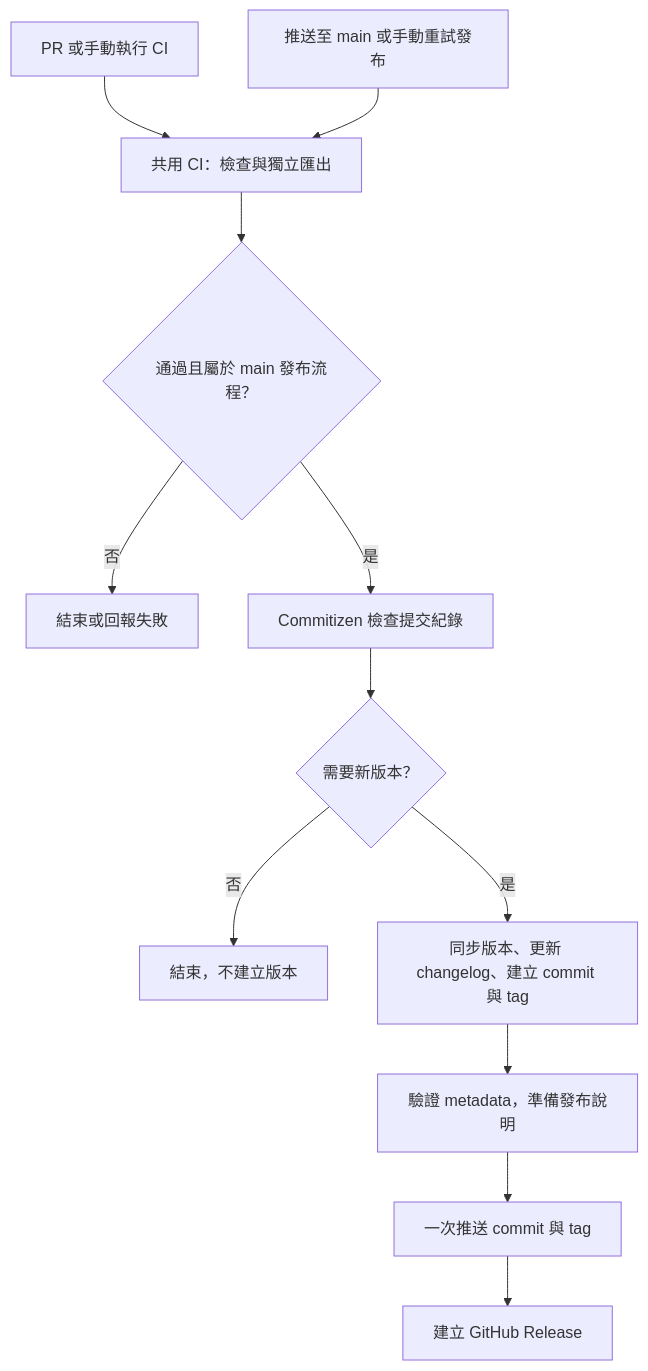
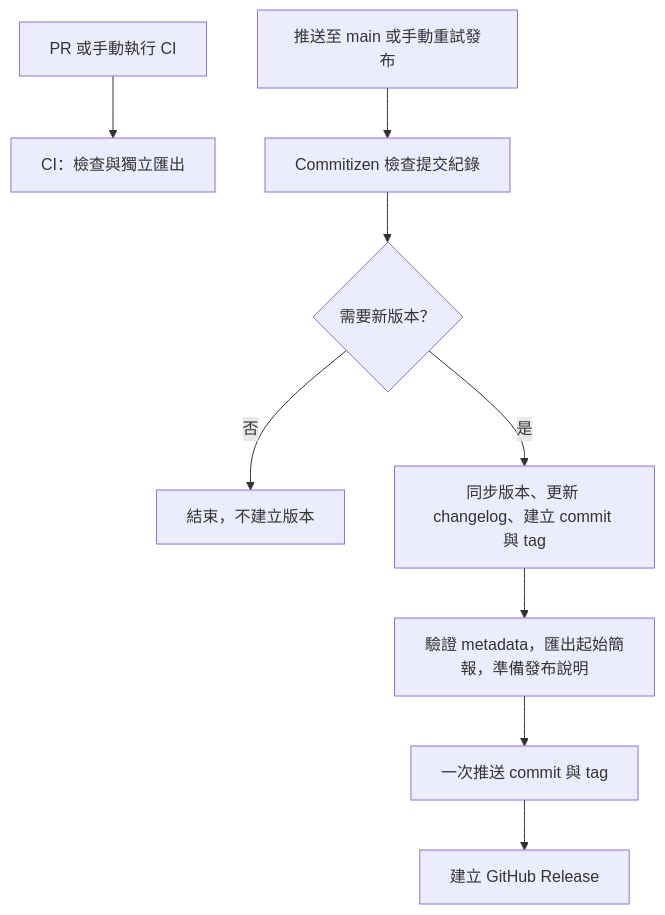
Before and after one commit to Lee-W/ras: the diagram in docs/development-zh-tw.md, drawn with Mermaid. The commit also changed other lines of this file and 4 other files, not shown here.

````diff
--- a/docs/development-zh-tw.md
+++ b/docs/development-zh-tw.md
@@ -33,14 +33,11 @@
 ```mermaid
 flowchart TD
-  A["PR 或手動執行 CI"] --> C["共用 CI：檢查與獨立匯出"]
-  B["推送至 main 或手動重試發布"] --> C
-  C --> D{"通過且屬於 main 發布流程？"}
-  D -->|否| E["結束或回報失敗"]
-  D -->|是| F["Commitizen 檢查提交紀錄"]
+  A["PR 或手動執行 CI"] --> C["CI：檢查與獨立匯出"]
+  B["推送至 main 或手動重試發布"] --> F["Commitizen 檢查提交紀錄"]
   F --> G{"需要新版本？"}
   G -->|否| H["結束，不建立版本"]
   G -->|是| I["同步版本、更新 changelog、建立 commit 與 tag"]
-  I --> J["驗證 metadata，準備發布說明"]
+  I --> J["驗證 metadata，匯出起始簡報，準備發布說明"]
   J --> K["一次推送 commit 與 tag"]
   K --> L["建立 GitHub Release"]
 ```
````
